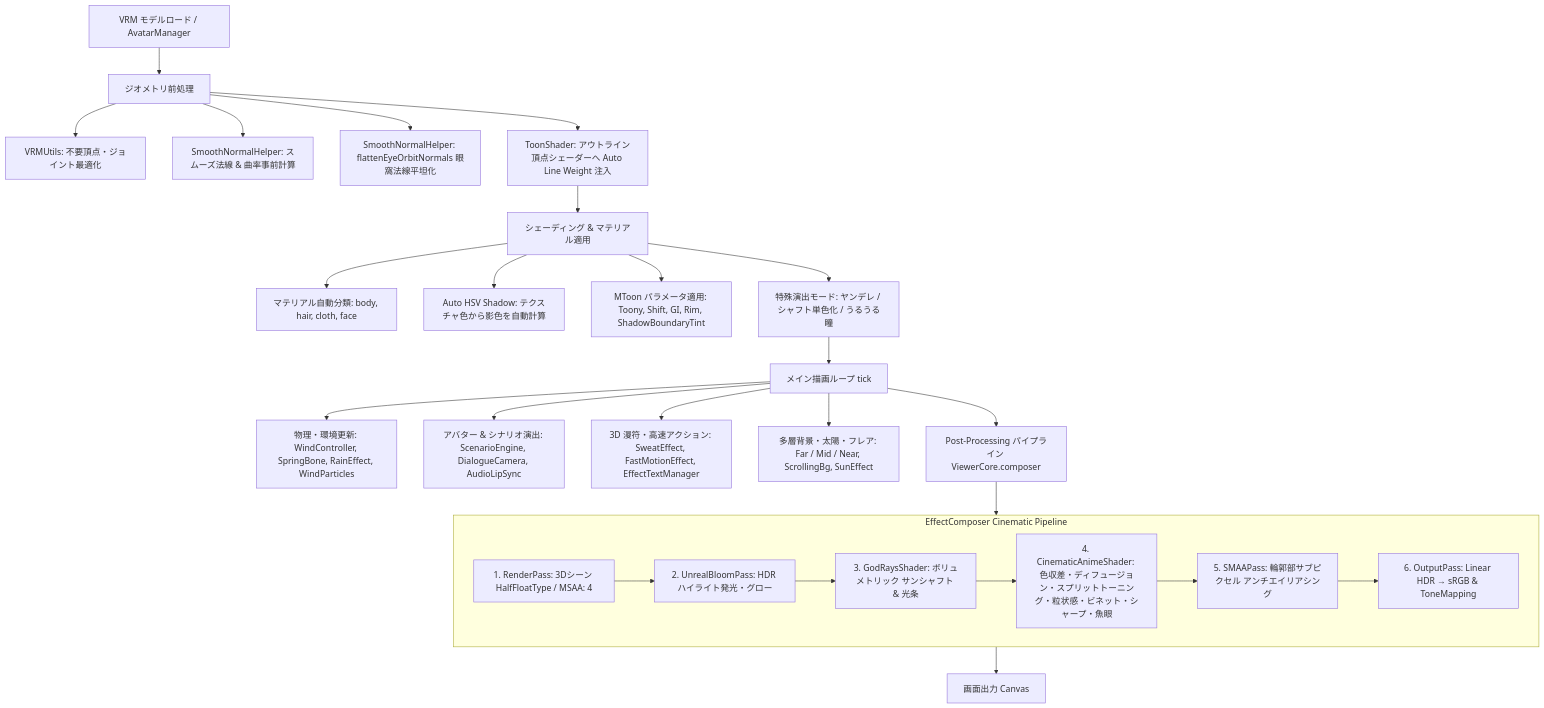
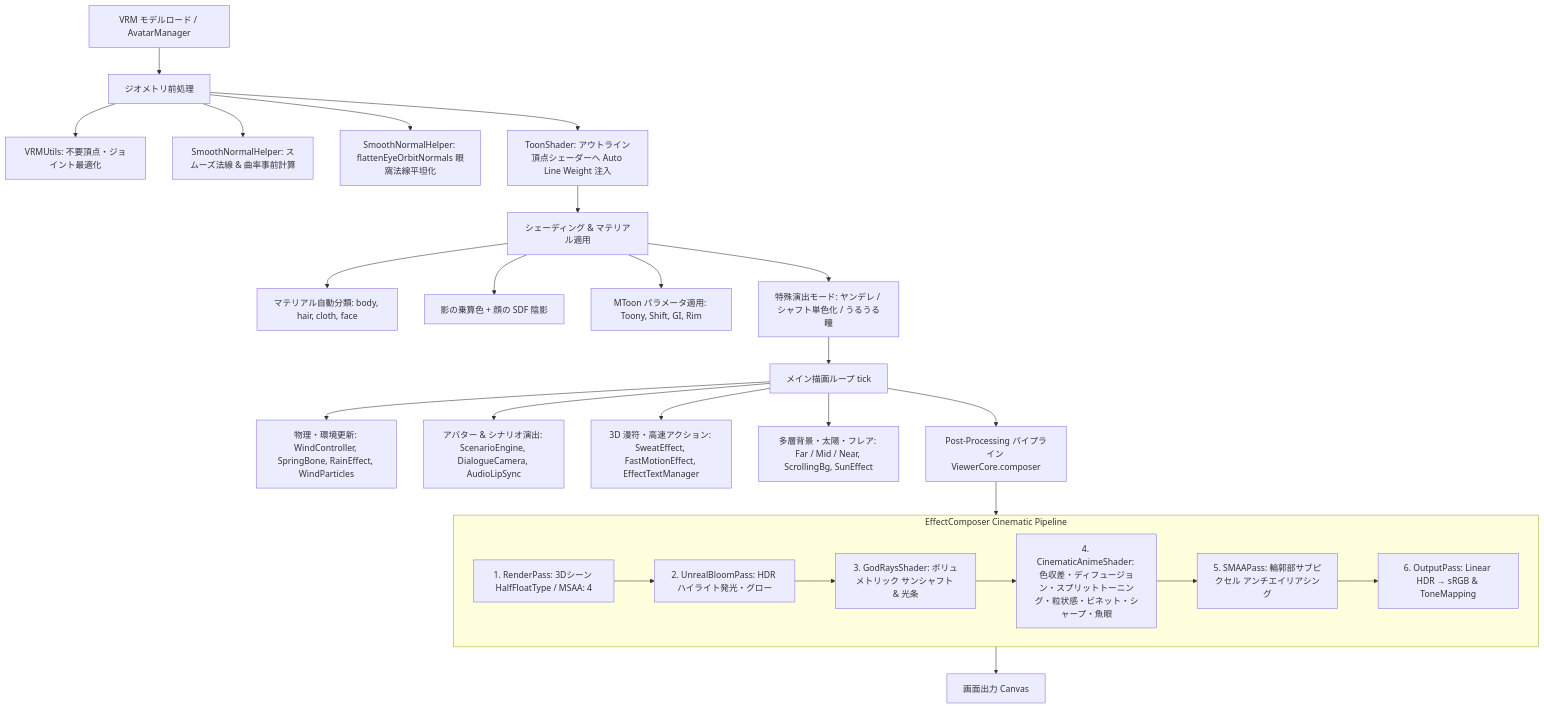
The diagram in README.md (uemegu/AnimeVRM), drawn with Mermaid before and after one commit. The commit also changed other lines of this file and 10 other files, not shown here.

````diff
--- a/README.md
+++ b/README.md
@@ -173,34 +172,34 @@
 ```mermaid
 flowchart TD
     A[VRM モデルロード / AvatarManager] --> B[ジオメトリ前処理]
     B --> B1[VRMUtils: 不要頂点・ジョイント最適化]
     B --> B2[SmoothNormalHelper: スムーズ法線 & 曲率事前計算]
     B --> B3[SmoothNormalHelper: flattenEyeOrbitNormals 眼窩法線平坦化]
     B --> B4[ToonShader: アウトライン頂点シェーダーへ Auto Line Weight 注入]
 
     B4 --> C[シェーディング & マテリアル適用]
     C --> C1[マテリアル自動分類: body, hair, cloth, face]
-    C --> C2[Auto HSV Shadow: テクスチャ色から影色を自動計算]
-    C --> C3[MToon パラメータ適用: Toony, Shift, GI, Rim, ShadowBoundaryTint]
+    C --> C2[影の乗算色 + 顔の SDF 陰影]
+    C --> C3[MToon パラメータ適用: Toony, Shift, GI, Rim]
     C --> C4[特殊演出モード: ヤンデレ / シャフト単色化 / うるうる瞳]
 
     C4 --> D[メイン描画ループ tick]
     D --> D1[物理・環境更新: WindController, SpringBone, RainEffect, WindParticles]
     D --> D2[アバター & シナリオ演出: ScenarioEngine, DialogueCamera, AudioLipSync]
     D --> D3[3D 漫符・高速アクション: SweatEffect, FastMotionEffect, EffectTextManager]
     D --> D4[多層背景・太陽・フレア: Far / Mid / Near, ScrollingBg, SunEffect]
     D --> D5[Post-Processing パイプライン ViewerCore.composer]
 
     subgraph EffectComposer [EffectComposer Cinematic Pipeline]
         E1[1. RenderPass: 3Dシーン HalfFloatType / MSAA: 4]
         E2[2. UnrealBloomPass: HDR ハイライト発光・グロー]
         E3[3. GodRaysShader: ボリュメトリック サンシャフト & 光条]
         E4[4. CinematicAnimeShader: 色収差・ディフュージョン・スプリットトーニング・粒状感・ビネット・シャープ・魚眼]
         E5[5. SMAAPass: 輪郭部サブピクセル アンチエイリアシング]
         E6[6. OutputPass: Linear HDR → sRGB & ToneMapping]
         E1 --> E2 --> E3 --> E4 --> E5 --> E6
     end
 
     D5 --> EffectComposer
     EffectComposer --> F[画面出力 Canvas]
 ```
````
